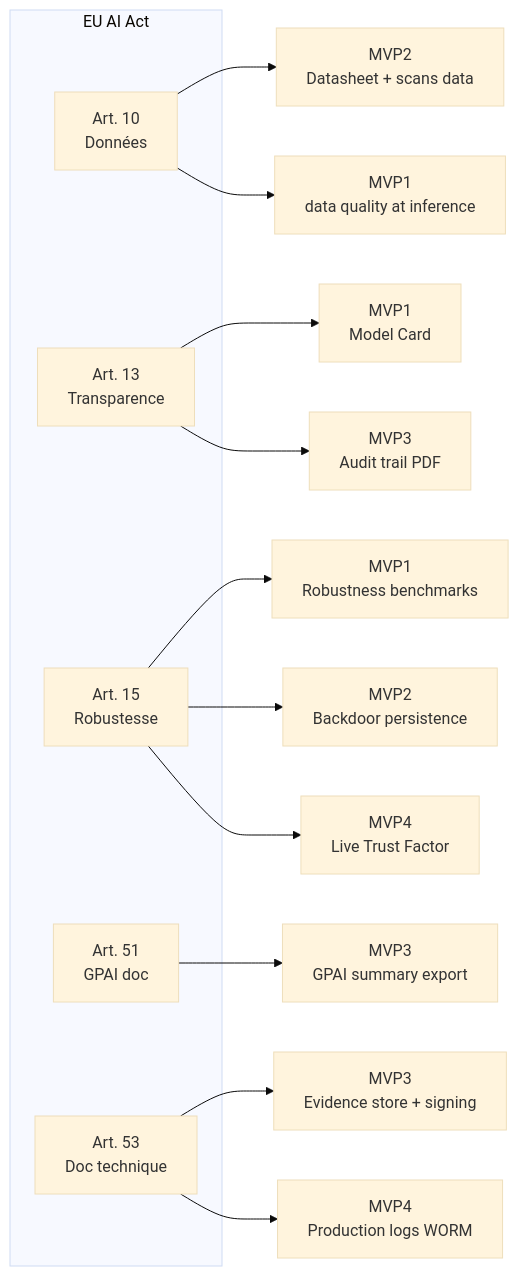
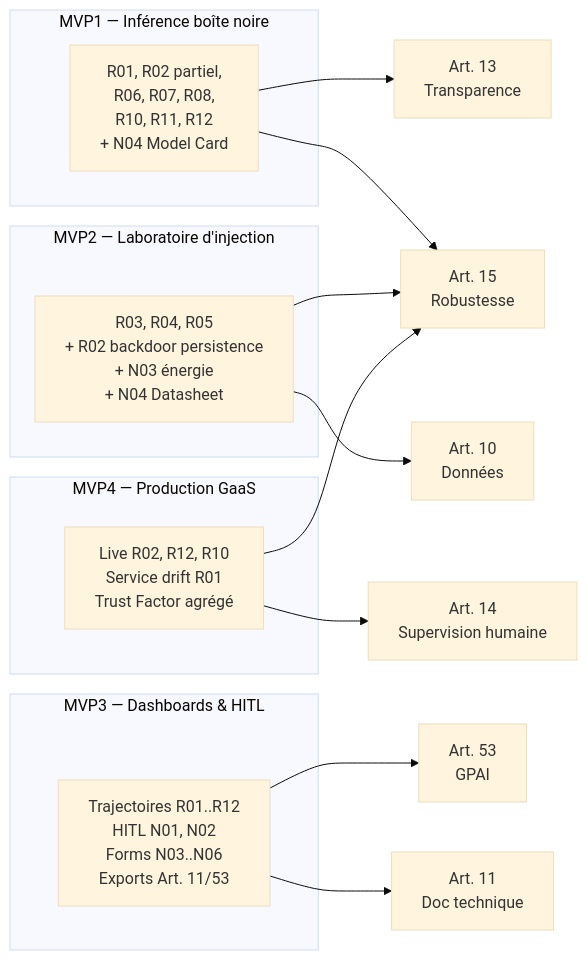
The sixth of 8 diagrams in ROADMAP.md (Rqbln/VERA), drawn with Mermaid (base theme) before and after one commit. The commit also changed other lines of this file and 9 other files, not shown here.

First line of the commit message:
Refocus roadmap and MVP documentation on accessible local open-source tooling.

````diff
--- a/ROADMAP.md
+++ b/ROADMAP.md
@@ -162,21 +360,24 @@
 ```mermaid
 flowchart LR
-    subgraph EUAA["EU AI Act"]
-        Art10[Art. 10<br/>Données]
-        Art13[Art. 13<br/>Transparence]
-        Art15[Art. 15<br/>Robustesse]
-        Art51[Art. 51<br/>GPAI doc]
-        Art53[Art. 53<br/>Doc technique]
+    subgraph MVP1["MVP1 — Inférence boîte noire"]
+        M1[R01, R02 partiel,<br/>R06, R07, R08,<br/>R10, R11, R12<br/>+ N04 Model Card]
+    end
+    subgraph MVP2["MVP2 — Laboratoire d'injection"]
+        M2[R03, R04, R05<br/>+ R02 backdoor persistence<br/>+ N03 énergie<br/>+ N04 Datasheet]
+    end
+    subgraph MVP3["MVP3 — Dashboards & HITL"]
+        M3[Trajectoires R01..R12<br/>HITL N01, N02<br/>Forms N03..N06<br/>Exports Art. 11/53]
+    end
+    subgraph MVP4["MVP4 — Production GaaS"]
+        M4[Live R02, R12, R10<br/>Service drift R01<br/>Trust Factor agrégé]
     end
 
-    Art10 --> MVP2A[MVP2<br/>Datasheet + scans data]
-    Art10 --> MVP1A[MVP1<br/>data quality at inference]
-    Art13 --> MVP1B[MVP1<br/>Model Card]
-    Art13 --> MVP3A[MVP3<br/>Audit trail PDF]
-    Art15 --> MVP1C[MVP1<br/>Robustness benchmarks]
-    Art15 --> MVP2B[MVP2<br/>Backdoor persistence]
-    Art15 --> MVP4A[MVP4<br/>Live Trust Factor]
-    Art51 --> MVP3B[MVP3<br/>GPAI summary export]
-    Art53 --> MVP3C[MVP3<br/>Evidence store + signing]
-    Art53 --> MVP4B[MVP4<br/>Production logs WORM]
+    M1 --> Art13[Art. 13<br/>Transparence]
+    M1 --> Art15[Art. 15<br/>Robustesse]
+    M2 --> Art10[Art. 10<br/>Données]
+    M2 --> Art15
+    M3 --> Art11[Art. 11<br/>Doc technique]
+    M3 --> Art53[Art. 53<br/>GPAI]
+    M4 --> Art14[Art. 14<br/>Supervision humaine]
+    M4 --> Art15
 ```
````
